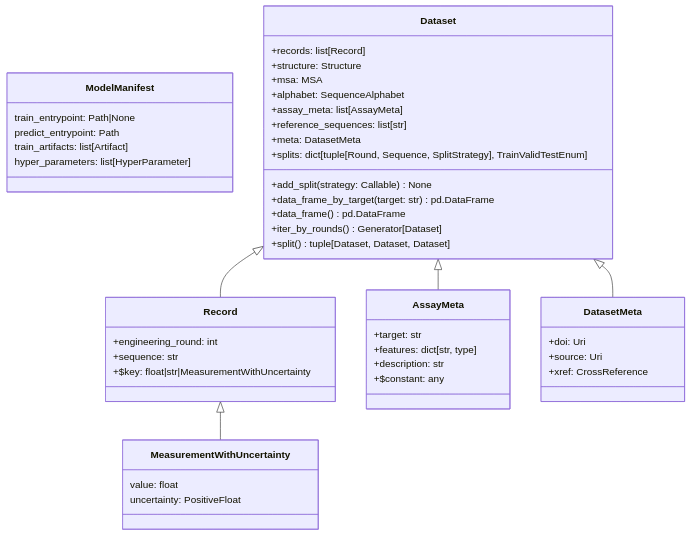
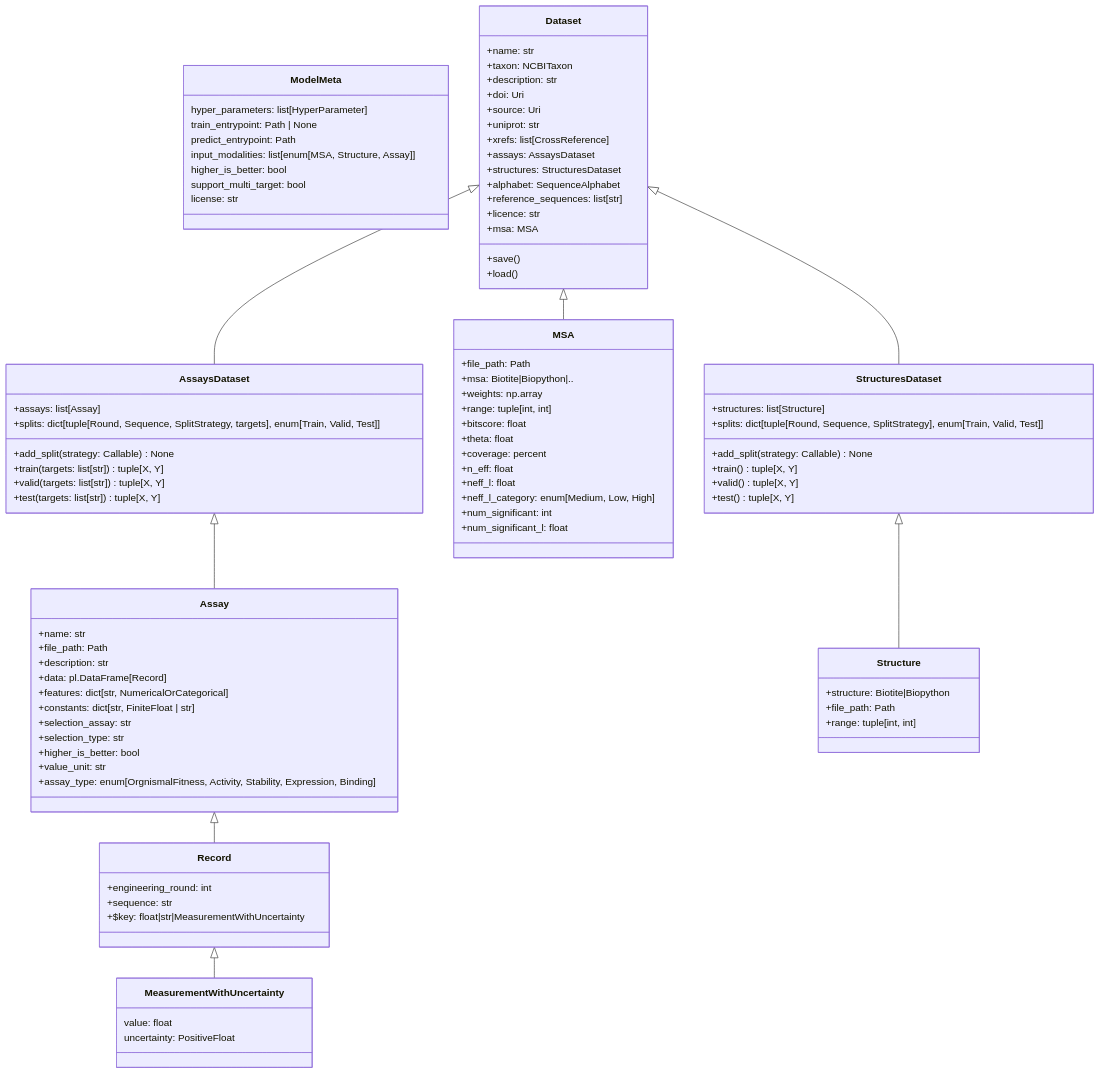
Before and after one commit to ProteinGym/proteingym-base: the diagram in README.md, drawn with Mermaid. The commit also changed other lines of this file and 1 other file, not shown here.

Commit message:
refactor: with doorstaart - let's rethink the dataset, new mermaid

````diff
--- a/README.md
+++ b/README.md
@@ -4,48 +3,93 @@
 ``` mermaid
 classDiagram
-    class ModelManifest{
-        train_entrypoint: Path|None
+    class ModelMeta{
+        hyper_parameters: list[HyperParameter]
+        train_entrypoint: Path | None
         predict_entrypoint: Path
-        train_artifacts: list[Artifact]
-        hyper_parameters: list[HyperParameter]
+        input_modalities: list[enum[MSA, Structure, Assay]]
+        higher_is_better: bool
+        support_multi_target: bool
+        license: str
     }
     class MeasurementWithUncertainty{
         value: float
         uncertainty: PositiveFloat
     }
     class Dataset{
-        +records: list[Record]
-        +structure: Structure
+        +name: str
+        +taxon: NCBITaxon
+        +description: str
+        +doi: Uri
+        +source: Uri
+        +uniprot: str
+        +xrefs: list[CrossReference]
+        +assays: AssaysDataset
+        +structures: StructuresDataset
+        +alphabet: SequenceAlphabet
+        +reference_sequences: list[str]
+        +licence: str
         +msa: MSA
-        +alphabet: SequenceAlphabet
-        +assay_meta: list[AssayMeta]
-        +reference_sequences: list[str]
-        +meta: DatasetMeta
-        +splits: dict[tuple[Round, Sequence, SplitStrategy], TrainValidTestEnum]
-        +add_split(strategy: Callable) None
-        +data_frame_by_target(target: str) pd.DataFrame
-        +data_frame() pd.DataFrame
-        +iter_by_rounds() Generator[Dataset]
-        +split() tuple[Dataset, Dataset, Dataset]
+        +save()
+        +load()
     }
-    Dataset <|-- Record
     class Record{
       +engineering_round: int
       +sequence: str
       +$key: float|str|MeasurementWithUncertainty
     }
-    class AssayMeta{
-        +target: str
-        +features: dict[str, type]
+    class AssaysDataset{
+        +assays: list[Assay]
+        +splits: dict[tuple[Round, Sequence, SplitStrategy, targets], enum[Train, Valid, Test]]
+        +add_split(strategy: Callable) None
+        +train(targets: list[str]) tuple[X, Y]
+        +valid(targets: list[str]) tuple[X, Y]
+        +test(targets: list[str]) tuple[X, Y]
+    }
+    class Assay{
+        +name: str
+        +file_path: Path
         +description: str
-        +$constant: any
+        +data: pl.DataFrame[Record]
+        +features: dict[str, NumericalOrCategorical]
+        +constants: dict[str, FiniteFloat | str]
+        +selection_assay: str
+        +selection_type: str
+        +higher_is_better: bool
+        +value_unit: str
+        +assay_type: enum[OrgnismalFitness, Activity, Stability, Expression, Binding]
     }
-    Dataset <|-- AssayMeta
-    Dataset <|-- DatasetMeta
+    class MSA{
+        +file_path: Path
+        +msa: Biotite|Biopython|..
+        +weights: np.array
+        +range: tuple[int, int]
+        +bitscore: float
+        +theta: float
+        +coverage: percent
+        +n_eff: float
+        +neff_l: float
+        +neff_l_category: enum[Medium, Low, High]
+        +num_significant: int
+        +num_significant_l: float
+    }
+    class StructuresDataset{
+        +structures: list[Structure]
+        +splits: dict[tuple[Round, Sequence, SplitStrategy], enum[Train, Valid, Test]]
+        +add_split(strategy: Callable) None
+        +train() tuple[X, Y]
+        +valid() tuple[X, Y]
+        +test() tuple[X, Y]
+    }
+    class Structure{
+        +structure: Biotite|Biopython
+        +file_path: Path
+        +range: tuple[int, int]
+    }
+    Dataset <|-- AssaysDataset
+    Dataset <|-- StructuresDataset
+    Dataset <|-- MSA
+    AssaysDataset <|-- Assay
+    StructuresDataset <|-- Structure
+    Assay <|-- Record
     Record <|-- MeasurementWithUncertainty
-    class DatasetMeta {
-        +doi: Uri
-        +source: Uri
-        +xref: CrossReference
-    }
 ```
````
